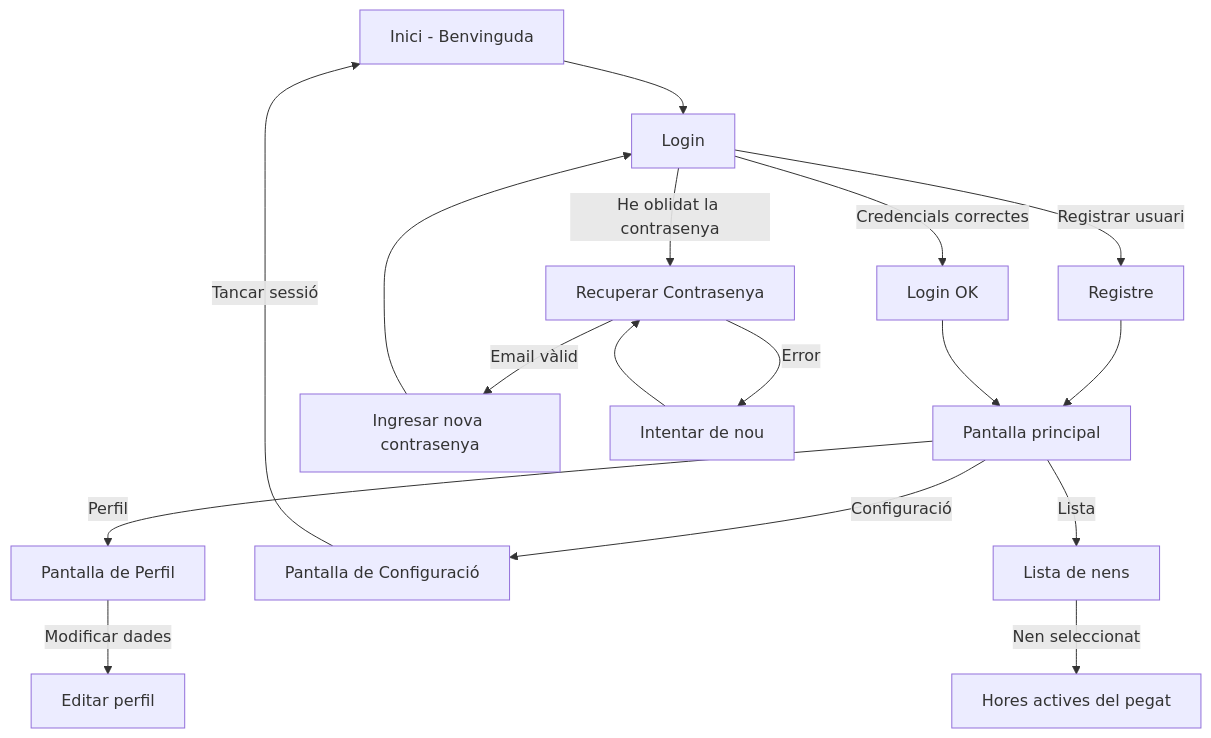
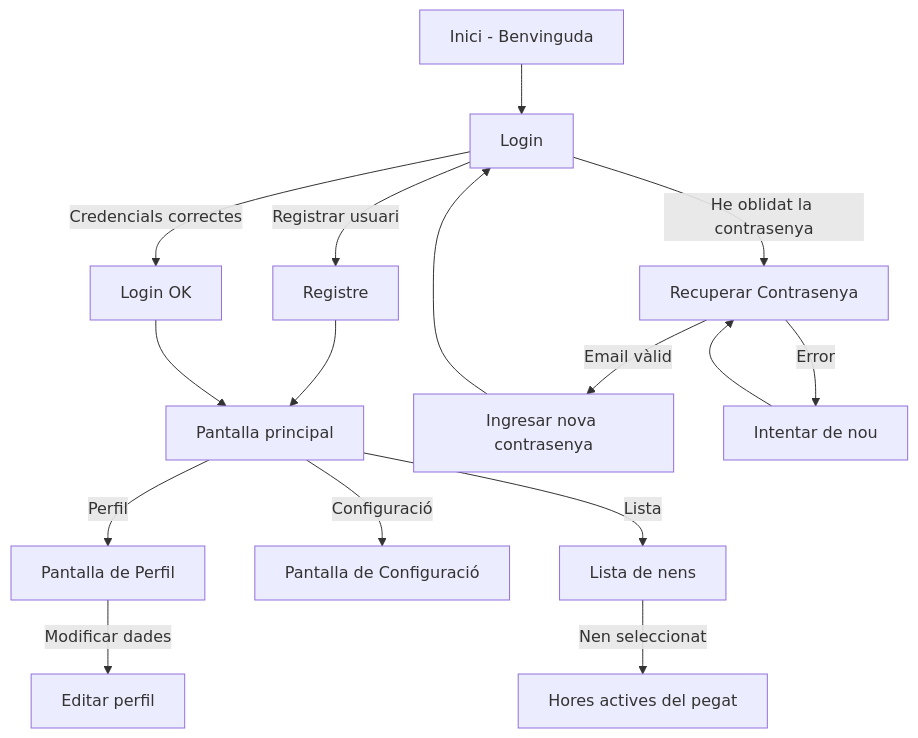
The diagram in charts/diagramaNavegacio.mmd (dmontes901/TapatApp), drawn with Mermaid before and after one commit.

```diff
--- a/charts/diagramaNavegacio.mmd
+++ b/charts/diagramaNavegacio.mmd
@@ -1,18 +1,17 @@
 flowchart TD;
     A["Inici - Benvinguda"] --> B["Login"];
     B -->|Registrar usuari| C["Registre"];
     C --> E["Pantalla principal"];
     B -->|Credencials correctes| D["Login OK "];
 
     
     D --> E["Pantalla principal"];
     E -->|Perfil| F["Pantalla de Perfil"];
     F -->|Modificar dades|L["Editar perfil"];
     E -->|Configuració| G["Pantalla de Configuració"];
-    G -->|Tancar sessió|A
     E -->|Lista|J["Lista de nens"];
     J -->|Nen seleccionat|K["Hores actives del pegat"];
     
     B -->|He oblidat la contrasenya| H["Recuperar Contrasenya"];
     H -->|Email vàlid| I["Ingresar nova contrasenya"] --> B;
     H -->|Error| H1["Intentar de nou"] --> H;
```
